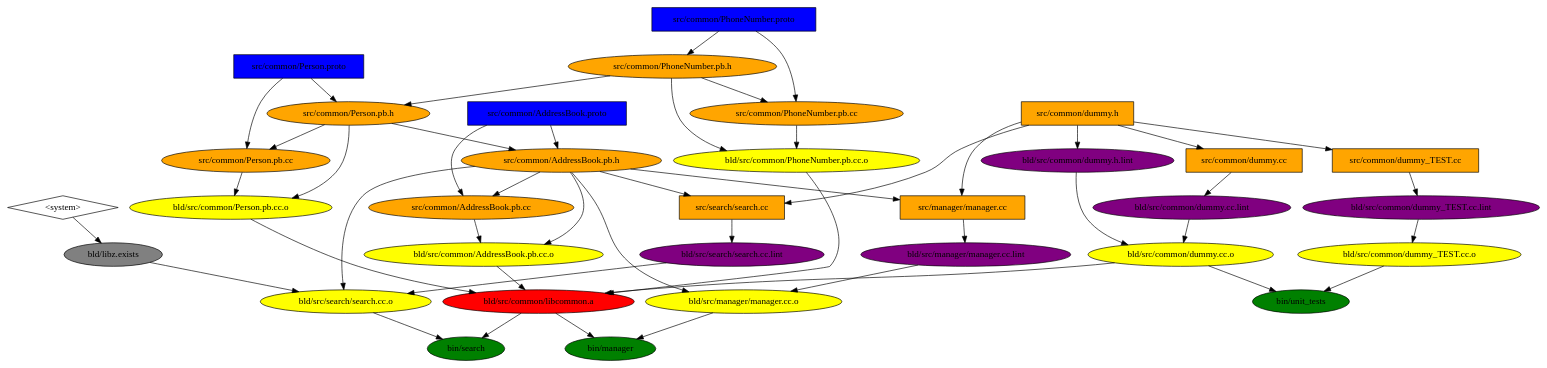
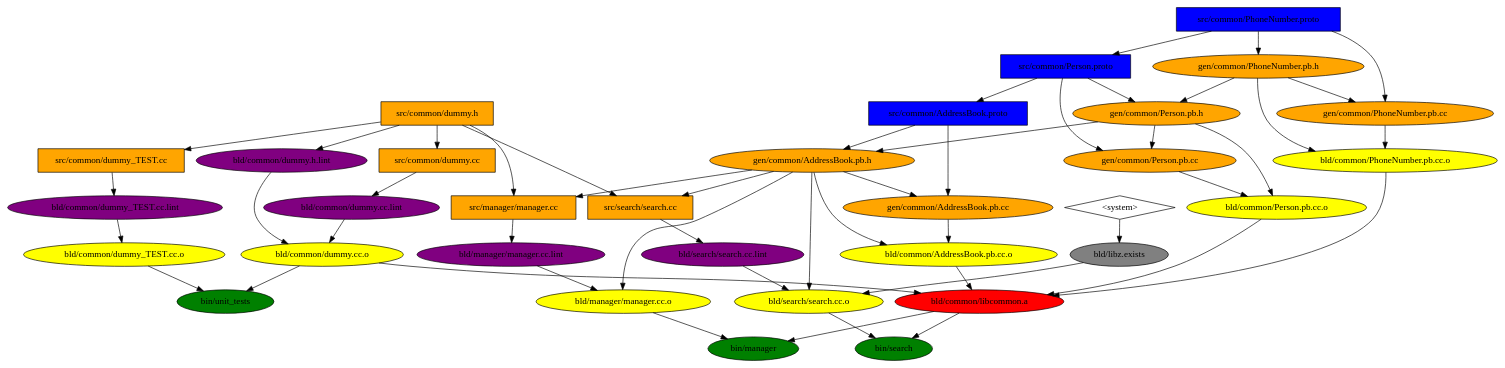
Before and after one commit to nicmcd/addressbook: the diagram in graph.gv, drawn with Graphviz. The commit also changed 1 other file, not shown here.

Commit message:
Moved protobuf output code into gen/ folder

```diff
--- a/graph.gv
+++ b/graph.gv
@@ -1,112 +1,114 @@
 digraph Build {
   "bin/manager" [style=filled, fillcolor=green];
-  "bld/src/manager/manager.cc.o" -> "bin/manager";
-  "bld/src/common/libcommon.a" -> "bin/manager";
+  "bld/manager/manager.cc.o" -> "bin/manager";
+  "bld/common/libcommon.a" -> "bin/manager";
 
   "bin/search" [style=filled, fillcolor=green];
-  "bld/src/search/search.cc.o" -> "bin/search";
-  "bld/src/common/libcommon.a" -> "bin/search";
+  "bld/search/search.cc.o" -> "bin/search";
+  "bld/common/libcommon.a" -> "bin/search";
 
   "bin/unit_tests" [style=filled, fillcolor=green];
-  "bld/src/common/dummy_TEST.cc.o" -> "bin/unit_tests";
-  "bld/src/common/dummy.cc.o" -> "bin/unit_tests";
+  "bld/common/dummy_TEST.cc.o" -> "bin/unit_tests";
+  "bld/common/dummy.cc.o" -> "bin/unit_tests";
 
-  "bld/src/common/libcommon.a" [style=filled, fillcolor=red];
-  "bld/src/common/AddressBook.pb.cc.o" -> "bld/src/common/libcommon.a";
-  "bld/src/common/Person.pb.cc.o" -> "bld/src/common/libcommon.a";
-  "bld/src/common/PhoneNumber.pb.cc.o" -> "bld/src/common/libcommon.a";
-  "bld/src/common/dummy.cc.o" -> "bld/src/common/libcommon.a";
+  "bld/common/libcommon.a" [style=filled, fillcolor=red];
+  "bld/common/AddressBook.pb.cc.o" -> "bld/common/libcommon.a";
+  "bld/common/Person.pb.cc.o" -> "bld/common/libcommon.a";
+  "bld/common/PhoneNumber.pb.cc.o" -> "bld/common/libcommon.a";
+  "bld/common/dummy.cc.o" -> "bld/common/libcommon.a";
 
-  "bld/src/manager/manager.cc.o" [style=filled, fillcolor=yellow];
-  "src/common/AddressBook.pb.h" -> "bld/src/manager/manager.cc.o";
-  "bld/src/manager/manager.cc.lint" -> "bld/src/manager/manager.cc.o";
+  "bld/manager/manager.cc.o" [style=filled, fillcolor=yellow];
+  "gen/common/AddressBook.pb.h" -> "bld/manager/manager.cc.o";
+  "bld/manager/manager.cc.lint" -> "bld/manager/manager.cc.o";
 
-  "bld/src/search/search.cc.o" [style=filled, fillcolor=yellow];
-  "src/common/AddressBook.pb.h" -> "bld/src/search/search.cc.o";
-  "bld/src/search/search.cc.lint" -> "bld/src/search/search.cc.o";
-  "bld/libz.exists" -> "bld/src/search/search.cc.o";
+  "bld/search/search.cc.o" [style=filled, fillcolor=yellow];
+  "gen/common/AddressBook.pb.h" -> "bld/search/search.cc.o";
+  "bld/search/search.cc.lint" -> "bld/search/search.cc.o";
+  "bld/libz.exists" -> "bld/search/search.cc.o";
 
-  "bld/src/common/AddressBook.pb.cc.o" [style=filled, fillcolor=yellow];
-  "src/common/AddressBook.pb.cc" -> "bld/src/common/AddressBook.pb.cc.o";
-  "src/common/AddressBook.pb.h" -> "bld/src/common/AddressBook.pb.cc.o";
+  "bld/common/AddressBook.pb.cc.o" [style=filled, fillcolor=yellow];
+  "gen/common/AddressBook.pb.cc" -> "bld/common/AddressBook.pb.cc.o";
+  "gen/common/AddressBook.pb.h" -> "bld/common/AddressBook.pb.cc.o";
 
-  "bld/src/common/Person.pb.cc.o" [style=filled, fillcolor=yellow];
-  "src/common/Person.pb.cc" -> "bld/src/common/Person.pb.cc.o";
-  "src/common/Person.pb.h" -> "bld/src/common/Person.pb.cc.o";
+  "bld/common/Person.pb.cc.o" [style=filled, fillcolor=yellow];
+  "gen/common/Person.pb.cc" -> "bld/common/Person.pb.cc.o";
+  "gen/common/Person.pb.h" -> "bld/common/Person.pb.cc.o";
 
-  "bld/src/common/PhoneNumber.pb.cc.o" [style=filled, fillcolor=yellow];
-  "src/common/PhoneNumber.pb.cc" -> "bld/src/common/PhoneNumber.pb.cc.o";
-  "src/common/PhoneNumber.pb.h" -> "bld/src/common/PhoneNumber.pb.cc.o";
+  "bld/common/PhoneNumber.pb.cc.o" [style=filled, fillcolor=yellow];
+  "gen/common/PhoneNumber.pb.cc" -> "bld/common/PhoneNumber.pb.cc.o";
+  "gen/common/PhoneNumber.pb.h" -> "bld/common/PhoneNumber.pb.cc.o";
 
-  "bld/src/common/dummy.cc.o" [style=filled, fillcolor=yellow];
-  "bld/src/common/dummy.cc.lint" -> "bld/src/common/dummy.cc.o";
-  "bld/src/common/dummy.h.lint" -> "bld/src/common/dummy.cc.o";
+  "bld/common/dummy.cc.o" [style=filled, fillcolor=yellow];
+  "bld/common/dummy.cc.lint" -> "bld/common/dummy.cc.o";
+  "bld/common/dummy.h.lint" -> "bld/common/dummy.cc.o";
 
-  "bld/src/common/dummy_TEST.cc.o" [style=filled, fillcolor=yellow];
-  "bld/src/common/dummy_TEST.cc.lint" -> "bld/src/common/dummy_TEST.cc.o";
+  "bld/common/dummy_TEST.cc.o" [style=filled, fillcolor=yellow];
+  "bld/common/dummy_TEST.cc.lint" -> "bld/common/dummy_TEST.cc.o";
 
-  "bld/src/manager/manager.cc.lint" [style=filled, fillcolor=purple];
-  "src/manager/manager.cc" -> "bld/src/manager/manager.cc.lint";
+  "bld/manager/manager.cc.lint" [style=filled, fillcolor=purple];
+  "src/manager/manager.cc" -> "bld/manager/manager.cc.lint";
 
-  "bld/src/search/search.cc.lint" [style=filled, fillcolor=purple];
-  "src/search/search.cc" -> "bld/src/search/search.cc.lint";
+  "bld/search/search.cc.lint" [style=filled, fillcolor=purple];
+  "src/search/search.cc" -> "bld/search/search.cc.lint";
 
-  "bld/src/common/dummy.cc.lint" [style=filled, fillcolor=purple];
-  "src/common/dummy.cc" -> "bld/src/common/dummy.cc.lint";
+  "bld/common/dummy.cc.lint" [style=filled, fillcolor=purple];
+  "src/common/dummy.cc" -> "bld/common/dummy.cc.lint";
 
-  "bld/src/common/dummy.h.lint" [style=filled, fillcolor=purple];
-  "src/common/dummy.h" -> "bld/src/common/dummy.h.lint";
+  "bld/common/dummy.h.lint" [style=filled, fillcolor=purple];
+  "src/common/dummy.h" -> "bld/common/dummy.h.lint";
 
-  "bld/src/common/dummy_TEST.cc.lint" [style=filled, fillcolor=purple];
-  "src/common/dummy_TEST.cc" -> "bld/src/common/dummy_TEST.cc.lint";
+  "bld/common/dummy_TEST.cc.lint" [style=filled, fillcolor=purple];
+  "src/common/dummy_TEST.cc" -> "bld/common/dummy_TEST.cc.lint";
 
-  "src/common/AddressBook.pb.cc" [style=filled, fillcolor=orange];
-  "src/common/AddressBook.proto" -> "src/common/AddressBook.pb.cc";
-  "src/common/AddressBook.pb.h" -> "src/common/AddressBook.pb.cc";
+  "gen/common/AddressBook.pb.cc" [style=filled, fillcolor=orange];
+  "src/common/AddressBook.proto" -> "gen/common/AddressBook.pb.cc";
+  "gen/common/AddressBook.pb.h" -> "gen/common/AddressBook.pb.cc";
 
-  "src/common/AddressBook.pb.h" [style=filled, fillcolor=orange];
-  "src/common/AddressBook.proto" -> "src/common/AddressBook.pb.h";
-  "src/common/Person.pb.h" -> "src/common/AddressBook.pb.h";
+  "gen/common/AddressBook.pb.h" [style=filled, fillcolor=orange];
+  "src/common/AddressBook.proto" -> "gen/common/AddressBook.pb.h";
+  "gen/common/Person.pb.h" -> "gen/common/AddressBook.pb.h";
 
-  "src/common/Person.pb.cc" [style=filled, fillcolor=orange];
-  "src/common/Person.proto" -> "src/common/Person.pb.cc";
-  "src/common/Person.pb.h" -> "src/common/Person.pb.cc";
+  "gen/common/Person.pb.cc" [style=filled, fillcolor=orange];
+  "src/common/Person.proto" -> "gen/common/Person.pb.cc";
+  "gen/common/Person.pb.h" -> "gen/common/Person.pb.cc";
 
-  "src/common/Person.pb.h" [style=filled, fillcolor=orange];
-  "src/common/Person.proto" -> "src/common/Person.pb.h";
-  "src/common/PhoneNumber.pb.h" -> "src/common/Person.pb.h";
+  "gen/common/Person.pb.h" [style=filled, fillcolor=orange];
+  "src/common/Person.proto" -> "gen/common/Person.pb.h";
+  "gen/common/PhoneNumber.pb.h" -> "gen/common/Person.pb.h";
 
-  "src/common/PhoneNumber.pb.cc" [style=filled, fillcolor=orange];
-  "src/common/PhoneNumber.proto" -> "src/common/PhoneNumber.pb.cc";
-  "src/common/PhoneNumber.pb.h" -> "src/common/PhoneNumber.pb.cc";
+  "gen/common/PhoneNumber.pb.cc" [style=filled, fillcolor=orange];
+  "src/common/PhoneNumber.proto" -> "gen/common/PhoneNumber.pb.cc";
+  "gen/common/PhoneNumber.pb.h" -> "gen/common/PhoneNumber.pb.cc";
 
-  "src/common/PhoneNumber.pb.h" [style=filled, fillcolor=orange];
-  "src/common/PhoneNumber.proto" -> "src/common/PhoneNumber.pb.h";
+  "gen/common/PhoneNumber.pb.h" [style=filled, fillcolor=orange];
+  "src/common/PhoneNumber.proto" -> "gen/common/PhoneNumber.pb.h";
 
   "bld/libz.exists" [style=filled, fillcolor=gray];
   "<system>" -> "bld/libz.exists";
 
   "src/manager/manager.cc" [shape=box, style=filled, fillcolor=orange];
-  "src/common/AddressBook.pb.h" -> "src/manager/manager.cc";
+  "gen/common/AddressBook.pb.h" -> "src/manager/manager.cc";
   "src/common/dummy.h" -> "src/manager/manager.cc";
 
   "src/search/search.cc" [shape=box, style=filled, fillcolor=orange];
-  "src/common/AddressBook.pb.h" -> "src/search/search.cc";
+  "gen/common/AddressBook.pb.h" -> "src/search/search.cc";
   "src/common/dummy.h" -> "src/search/search.cc";
 
   "src/common/dummy.cc" [shape=box, style=filled, fillcolor=orange];
   "src/common/dummy.h" -> "src/common/dummy.cc";
 
   "src/common/dummy_TEST.cc" [shape=box, style=filled, fillcolor=orange];
   "src/common/dummy.h" -> "src/common/dummy_TEST.cc";
 
   "src/common/AddressBook.proto" [shape=box, style=filled, fillcolor=blue];
+  "src/common/Person.proto" -> "src/common/AddressBook.proto";
 
   "src/common/Person.proto" [shape=box, style=filled, fillcolor=blue];
+  "src/common/PhoneNumber.proto" -> "src/common/Person.proto";
 
   "src/common/PhoneNumber.proto" [shape=box, style=filled, fillcolor=blue];
 
   "src/common/dummy.h" [shape=box, style=filled, fillcolor=orange];
 
   "<system>" [shape=diamond];
 }
```
